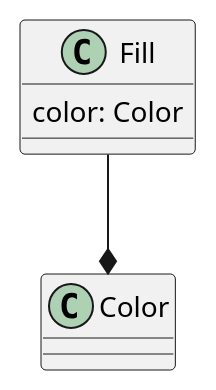
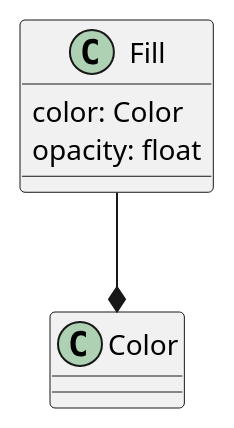
The fourth of 10 diagrams in core/sections/clause_8_vector.adoc (opengeospatial/styles-and-symbology), drawn with PlantUML before and after one commit. The commit also changed 1 other file, not shown here.

Commit message:
21-ccsss: Initial prototype examples; 8-vector: Added missing fill opacity

```diff
--- a/core/sections/clause_8_vector.adoc
+++ b/core/sections/clause_8_vector.adoc
@@ -104,5 +104,6 @@
 [plantuml, target=diagram-classes, format=png]
 ....
 Fill : color: Color
+Fill : opacity: float
 Fill --* Color
 ....
```
